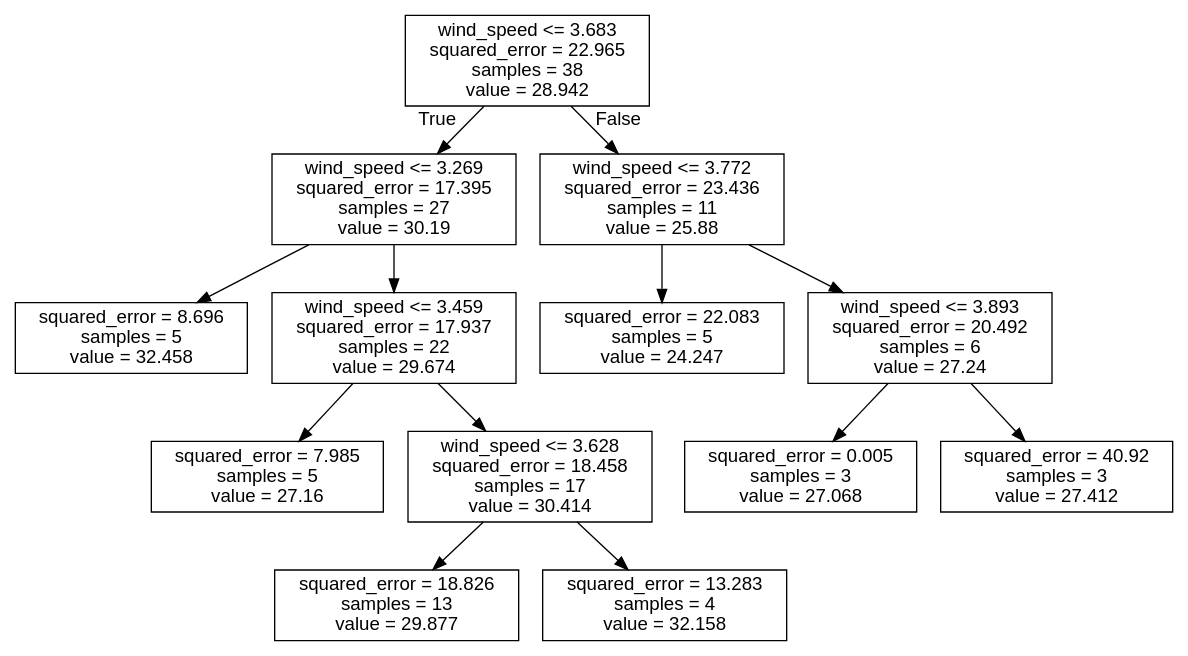
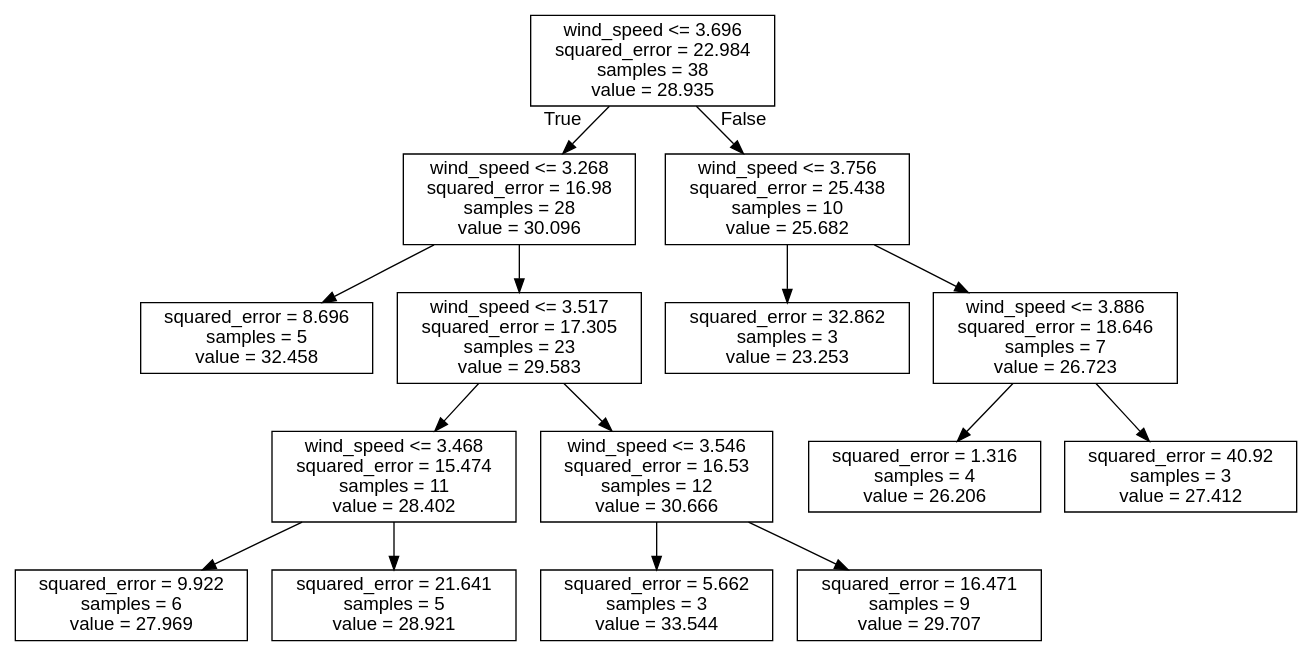
One commit to LeahJB/gbn-vansjo changed the diagram in Figures/Discretization_regTrees/DotFiles/6Mseasons_TP-wind_speed.dot. Above: the diagram before and after it, drawn with Graphviz. The commit also changed 97 other files, not shown here.

```diff
--- a/Figures/Discretization_regTrees/DotFiles/6Mseasons_TP-wind_speed.dot
+++ b/Figures/Discretization_regTrees/DotFiles/6Mseasons_TP-wind_speed.dot
@@ -1,29 +1,33 @@
 digraph Tree {
 node [shape=box, fontname="helvetica"] ;
 edge [fontname="helvetica"] ;
-0 [label="wind_speed <= 3.683\nsquared_error = 22.965\nsamples = 38\nvalue = 28.942"] ;
-1 [label="wind_speed <= 3.269\nsquared_error = 17.395\nsamples = 27\nvalue = 30.19"] ;
+0 [label="wind_speed <= 3.696\nsquared_error = 22.984\nsamples = 38\nvalue = 28.935"] ;
+1 [label="wind_speed <= 3.268\nsquared_error = 16.98\nsamples = 28\nvalue = 30.096"] ;
 0 -> 1 [labeldistance=2.5, labelangle=45, headlabel="True"] ;
 3 [label="squared_error = 8.696\nsamples = 5\nvalue = 32.458"] ;
 1 -> 3 ;
-4 [label="wind_speed <= 3.459\nsquared_error = 17.937\nsamples = 22\nvalue = 29.674"] ;
+4 [label="wind_speed <= 3.517\nsquared_error = 17.305\nsamples = 23\nvalue = 29.583"] ;
 1 -> 4 ;
-5 [label="squared_error = 7.985\nsamples = 5\nvalue = 27.16"] ;
+5 [label="wind_speed <= 3.468\nsquared_error = 15.474\nsamples = 11\nvalue = 28.402"] ;
 4 -> 5 ;
-6 [label="wind_speed <= 3.628\nsquared_error = 18.458\nsamples = 17\nvalue = 30.414"] ;
+13 [label="squared_error = 9.922\nsamples = 6\nvalue = 27.969"] ;
+5 -> 13 ;
+14 [label="squared_error = 21.641\nsamples = 5\nvalue = 28.921"] ;
+5 -> 14 ;
+6 [label="wind_speed <= 3.546\nsquared_error = 16.53\nsamples = 12\nvalue = 30.666"] ;
 4 -> 6 ;
-9 [label="squared_error = 18.826\nsamples = 13\nvalue = 29.877"] ;
-6 -> 9 ;
-10 [label="squared_error = 13.283\nsamples = 4\nvalue = 32.158"] ;
-6 -> 10 ;
-2 [label="wind_speed <= 3.772\nsquared_error = 23.436\nsamples = 11\nvalue = 25.88"] ;
+7 [label="squared_error = 5.662\nsamples = 3\nvalue = 33.544"] ;
+6 -> 7 ;
+8 [label="squared_error = 16.471\nsamples = 9\nvalue = 29.707"] ;
+6 -> 8 ;
+2 [label="wind_speed <= 3.756\nsquared_error = 25.438\nsamples = 10\nvalue = 25.682"] ;
 0 -> 2 [labeldistance=2.5, labelangle=-45, headlabel="False"] ;
-7 [label="squared_error = 22.083\nsamples = 5\nvalue = 24.247"] ;
-2 -> 7 ;
-8 [label="wind_speed <= 3.893\nsquared_error = 20.492\nsamples = 6\nvalue = 27.24"] ;
-2 -> 8 ;
-11 [label="squared_error = 0.005\nsamples = 3\nvalue = 27.068"] ;
-8 -> 11 ;
+9 [label="squared_error = 32.862\nsamples = 3\nvalue = 23.253"] ;
+2 -> 9 ;
+10 [label="wind_speed <= 3.886\nsquared_error = 18.646\nsamples = 7\nvalue = 26.723"] ;
+2 -> 10 ;
+11 [label="squared_error = 1.316\nsamples = 4\nvalue = 26.206"] ;
+10 -> 11 ;
 12 [label="squared_error = 40.92\nsamples = 3\nvalue = 27.412"] ;
-8 -> 12 ;
+10 -> 12 ;
 }
```
